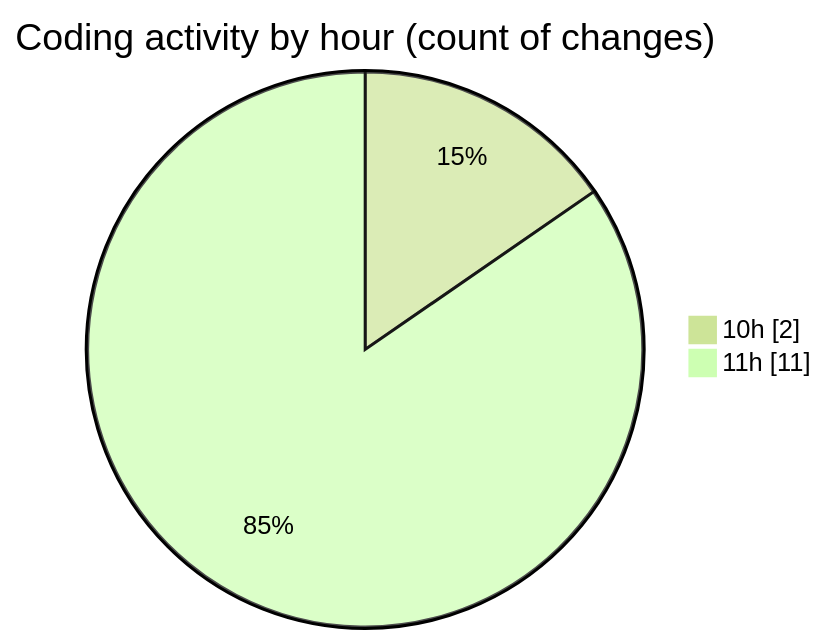
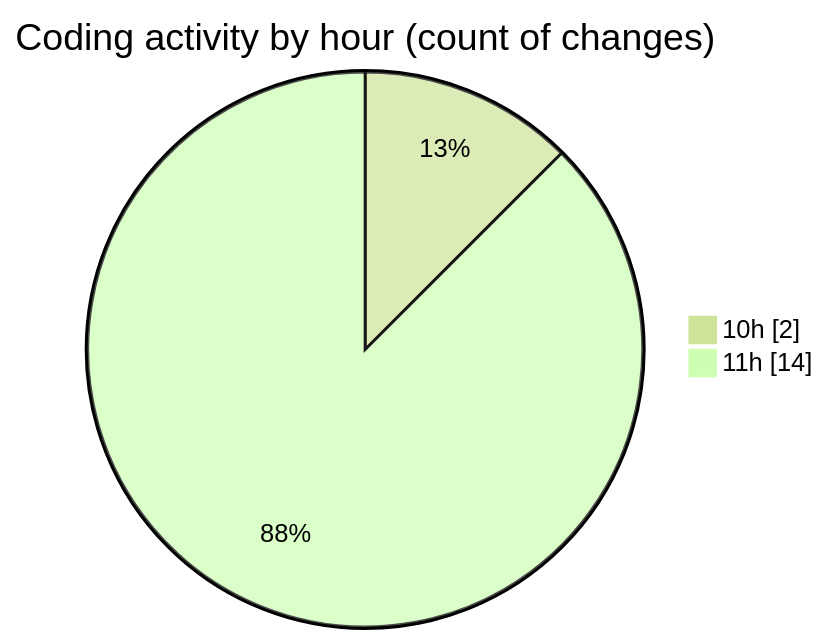
The second of 2 diagrams in 2025-03-17/myws__workspace_/README.md (MatusMokan/code-tracking), drawn with Mermaid (forest theme) before and after one commit. The commit also changed other lines of this file and 1 other file, not shown here.

````diff
--- a/2025-03-17/myws__workspace_/README.md
+++ b/2025-03-17/myws__workspace_/README.md
@@ -29,6 +29,6 @@
 ```mermaid
 pie showData
 title Coding activity by hour (count of changes)
 "10h" : 2
-"11h" : 11
+"11h" : 14
 ```
````
